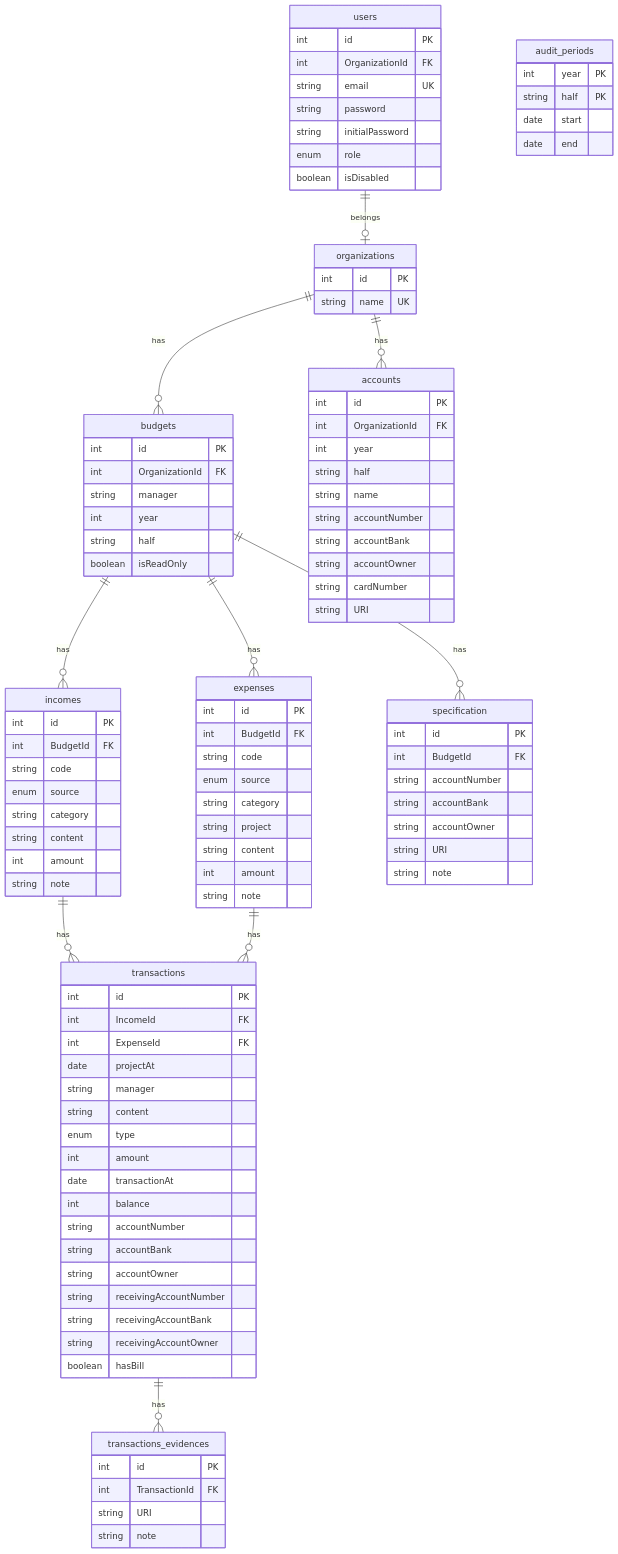
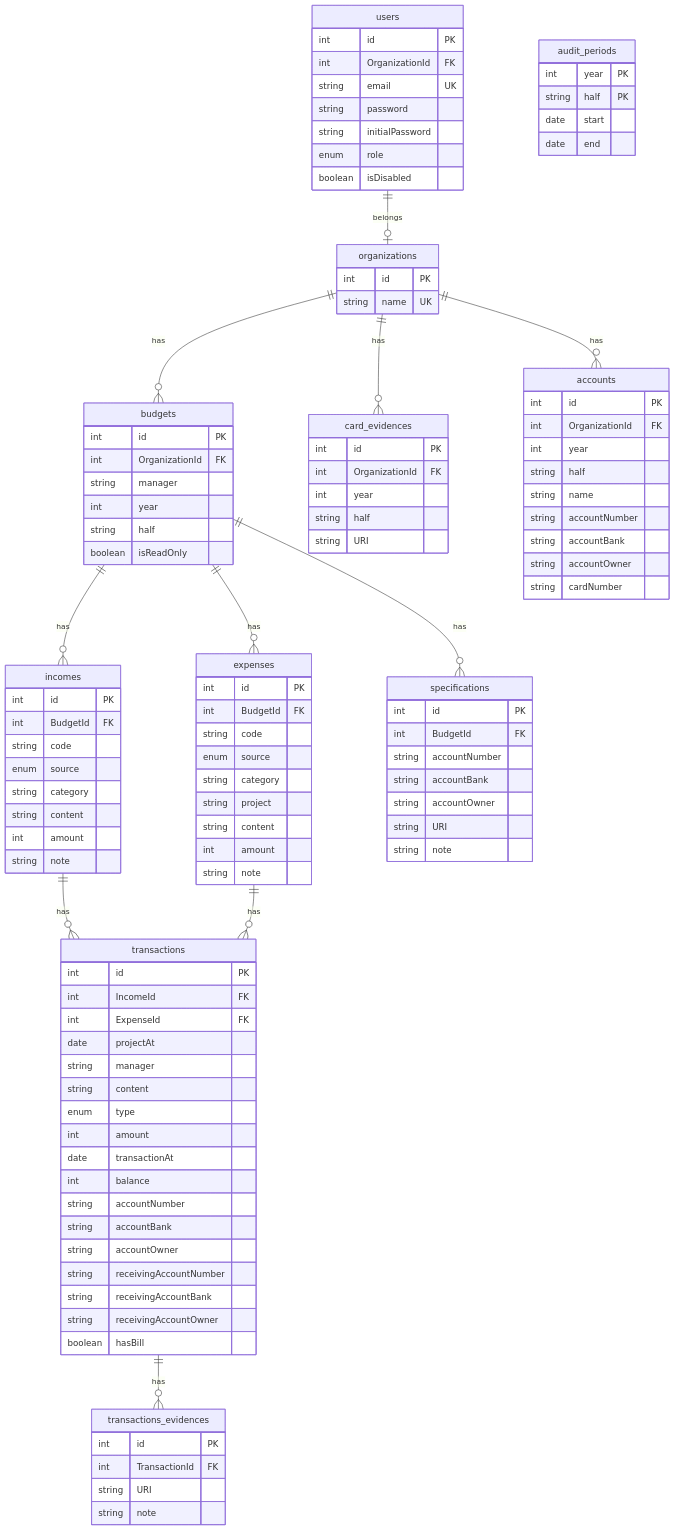
Before and after one commit to tnqja0227/board-of-audit-and-inspection-system: the first of 2 diagrams in README.md, drawn with Mermaid.

````diff
--- a/README.md
+++ b/README.md
@@ -63,8 +63,8 @@
         string note
     }
     budgets ||--o{ expenses: has
-    budgets ||--o{ specification: has
-    specification {
+    budgets ||--o{ specifications: has
+    specifications {
         int id PK
         int BudgetId FK
         string accountNumber
@@ -118,6 +118,14 @@
         date start
         date end
     }
+    organizations ||--o{ card_evidences: has
+    card_evidences {
+        int id PK
+        int OrganizationId FK
+        int year
+        string half
+        string URI
+    }
     organizations ||--o{ accounts : has
     accounts {
         int id PK
@@ -129,6 +137,5 @@
         string accountBank
         string accountOwner
         string cardNumber
-        string URI
     }
 ```
````
